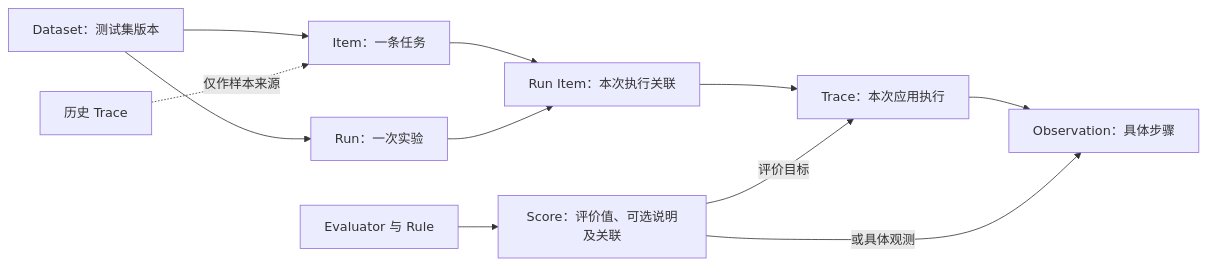
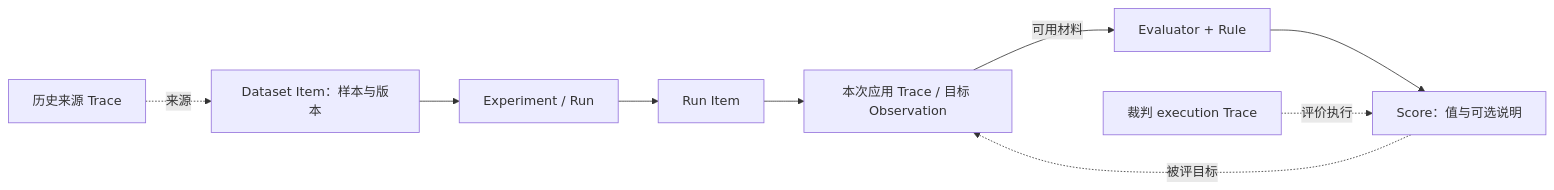
One commit to 99Like-wjj/agent-evaluation-with-langfuse changed the diagram in diagrams/04-evaluation-object-model.mmd. Above: the diagram before and after it, drawn with Mermaid. The commit also changed 35 other files, not shown here.

```diff
--- a/diagrams/04-evaluation-object-model.mmd
+++ b/diagrams/04-evaluation-object-model.mmd
@@ -1,11 +1,9 @@
 flowchart LR
-  D[Dataset：测试集版本] --> I[Item：一条任务]
-  D --> R[Run：一次实验]
-  I --> RI[Run Item：本次执行关联]
-  R --> RI
-  RI --> T[Trace：本次应用执行]
-  T --> O[Observation：具体步骤]
-  E[Evaluator 与 Rule] --> S[Score：评价值、可选说明及关联]
-  S -->|评价目标| T
-  S -->|或具体观测| O
-  ST[历史 Trace] -. 仅作样本来源 .-> I
+  D[Dataset Item：样本与版本] --> R[Experiment / Run]
+  R --> I[Run Item]
+  I --> T[本次应用 Trace / 目标 Observation]
+  T -->|可用材料| E[Evaluator + Rule]
+  E --> S[Score：值与可选说明]
+  S -. 被评目标 .-> T
+  H[历史来源 Trace] -. 来源 .-> D
+  J[裁判 execution Trace] -. 评价执行 .-> S
```
